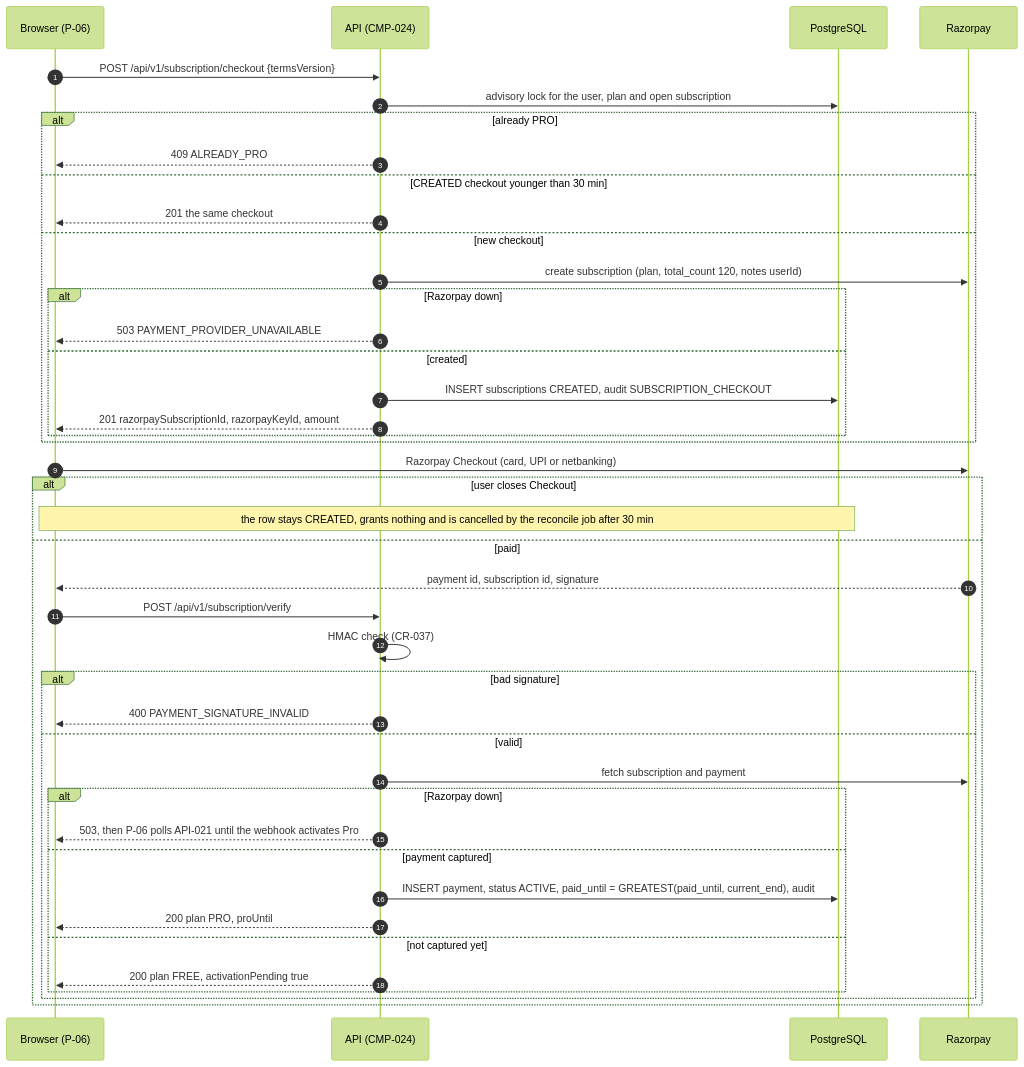
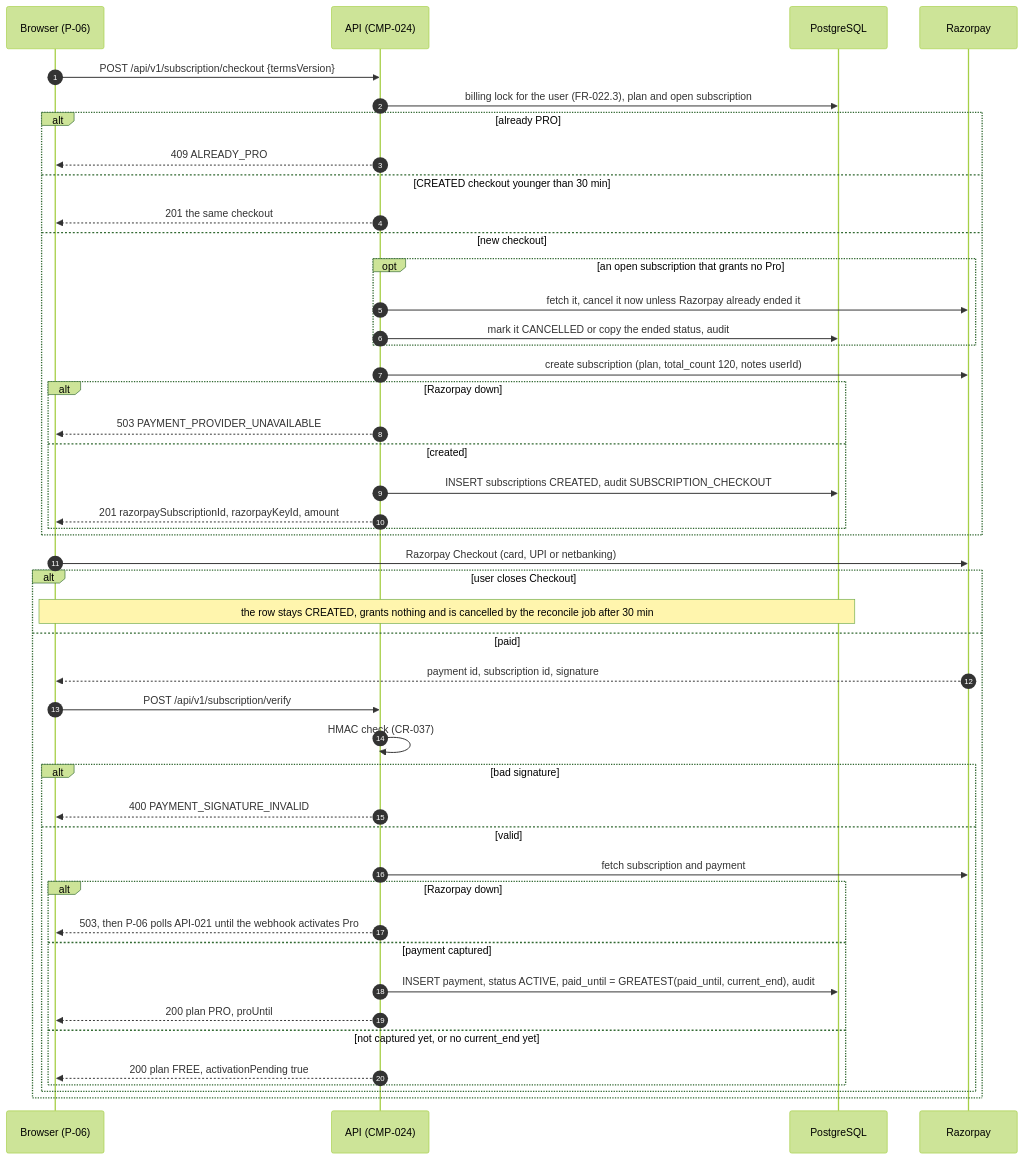
Diagram 11 of 15 in neeraj/spec.md (divii-school/spec-homework), drawn with Mermaid (forest theme) before and after one commit. The commit also changed other lines of this file and 1 other file, not shown here.

Commit message:
round 2 review fixes (v2.1): exact webhook/stale rules, plan cache validUntil, billing lock, resubscribe after cancel, erasure PRO counters, ERR-042, deprecate OOS-002/OOS-012, stale v1 text, traceability ranges

````diff
--- a/neeraj/spec.md
+++ b/neeraj/spec.md
@@ -1088,44 +1113,48 @@
 ```mermaid
 sequenceDiagram
   autonumber
   participant B as Browser (P-06)
   participant A as API (CMP-024)
   participant D as PostgreSQL
   participant R as Razorpay
   B->>A: POST /api/v1/subscription/checkout {termsVersion}
-  A->>D: advisory lock for the user, plan and open subscription
+  A->>D: billing lock for the user (FR-022.3), plan and open subscription
   alt already PRO
     A-->>B: 409 ALREADY_PRO
   else CREATED checkout younger than 30 min
     A-->>B: 201 the same checkout
   else new checkout
+    opt an open subscription that grants no Pro
+      A->>R: fetch it, cancel it now unless Razorpay already ended it
+      A->>D: mark it CANCELLED or copy the ended status, audit
+    end
     A->>R: create subscription (plan, total_count 120, notes userId)
     alt Razorpay down
       A-->>B: 503 PAYMENT_PROVIDER_UNAVAILABLE
     else created
       A->>D: INSERT subscriptions CREATED, audit SUBSCRIPTION_CHECKOUT
       A-->>B: 201 razorpaySubscriptionId, razorpayKeyId, amount
     end
   end
   B->>R: Razorpay Checkout (card, UPI or netbanking)
   alt user closes Checkout
     Note over B,D: the row stays CREATED, grants nothing and is cancelled by the reconcile job after 30 min
   else paid
     R-->>B: payment id, subscription id, signature
     B->>A: POST /api/v1/subscription/verify
     A->>A: HMAC check (CR-037)
     alt bad signature
       A-->>B: 400 PAYMENT_SIGNATURE_INVALID
     else valid
       A->>R: fetch subscription and payment
       alt Razorpay down
         A-->>B: 503, then P-06 polls API-021 until the webhook activates Pro
       else payment captured
         A->>D: INSERT payment, status ACTIVE, paid_until = GREATEST(paid_until, current_end), audit
         A-->>B: 200 plan PRO, proUntil
-      else not captured yet
+      else not captured yet, or no current_end yet
         A-->>B: 200 plan FREE, activationPending true
       end
     end
   end
 ```
````
